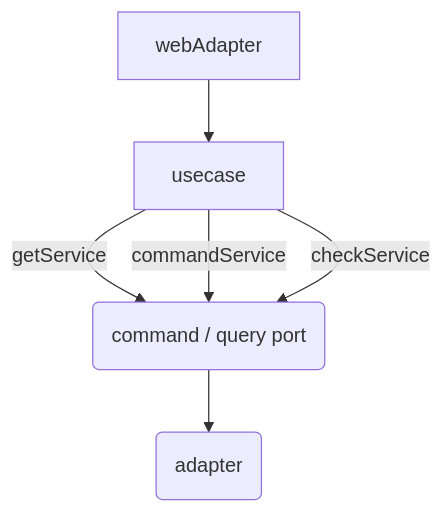
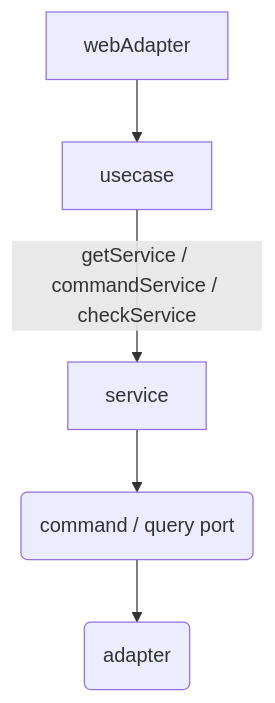
One commit to team-aliens/DMS-Backend changed the diagram in docs/architecture.md. Above: the diagram before and after it, drawn with Mermaid. The commit also changed other lines of this file and 2 other files, not shown here.

````diff
--- a/docs/architecture.md
+++ b/docs/architecture.md
@@ -22,8 +22,7 @@
 ```mermaid
 flowchart TD
 WA[webAdapter] --> UC[usecase];
-UC -->|getService| P(command / query port);
-UC -->|commandService| P;
-UC -->|checkService| P;
+UC -->|getService / commandService / checkService| S[service];
+S --> P(command / query port);
 P --> PA(adapter);
 ```
````
